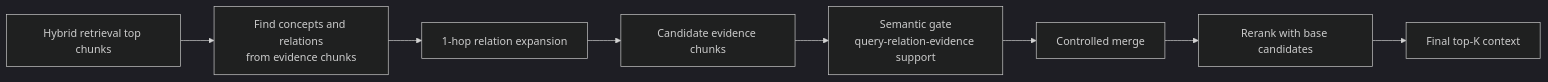
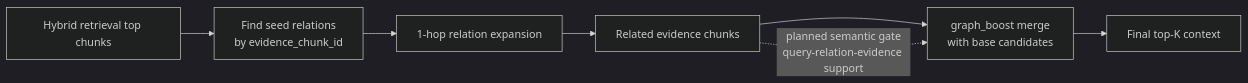
One commit to Sggggt/DialoGraph changed the sixth of 7 diagrams in README.md. Above: the diagram before and after it, drawn with Mermaid (dark theme). The commit also changed other lines of this file and 45 other files, not shown here.

````diff
--- a/README.md
+++ b/README.md
@@ -234,10 +239,9 @@
 ```mermaid
 flowchart LR
-    BASE["Hybrid retrieval top chunks"] --> SEED["Find concepts and relations<br/>from evidence chunks"]
+    BASE["Hybrid retrieval top chunks"] --> SEED["Find seed relations<br/>by evidence_chunk_id"]
     SEED --> HOP["1-hop relation expansion"]
-    HOP --> EVIDENCE["Candidate evidence chunks"]
-    EVIDENCE --> GATE["Semantic gate<br/>query-relation-evidence support"]
-    GATE --> MERGE["Controlled merge"]
-    MERGE --> RERANK["Rerank with base candidates"]
-    RERANK --> FINAL["Final top-K context"]
+    HOP --> EVIDENCE["Related evidence chunks"]
+    EVIDENCE --> BOOST["graph_boost merge<br/>with base candidates"]
+    BOOST --> FINAL["Final top-K context"]
+    EVIDENCE -. "planned semantic gate<br/>query-relation-evidence support" .-> BOOST
 ```
````
